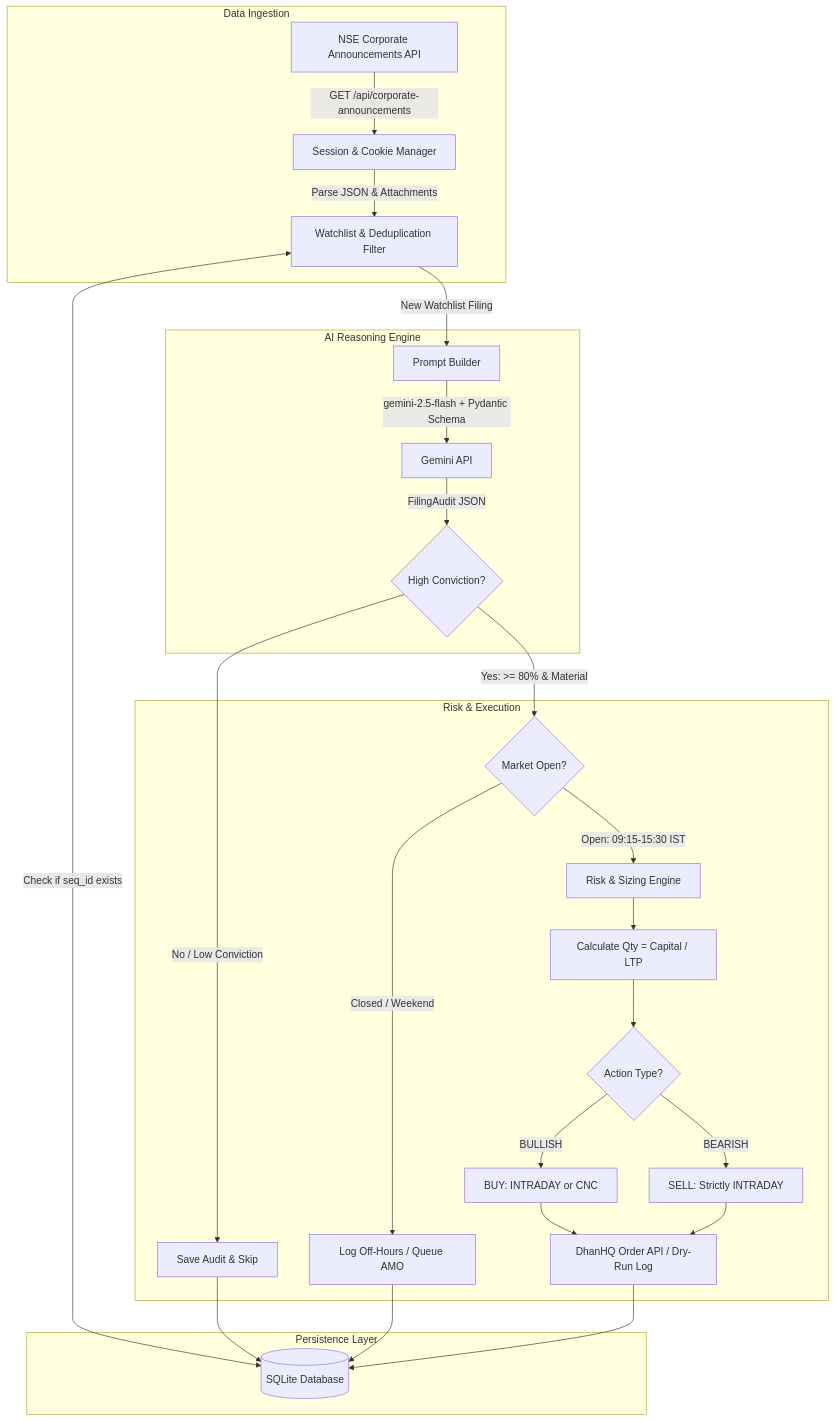
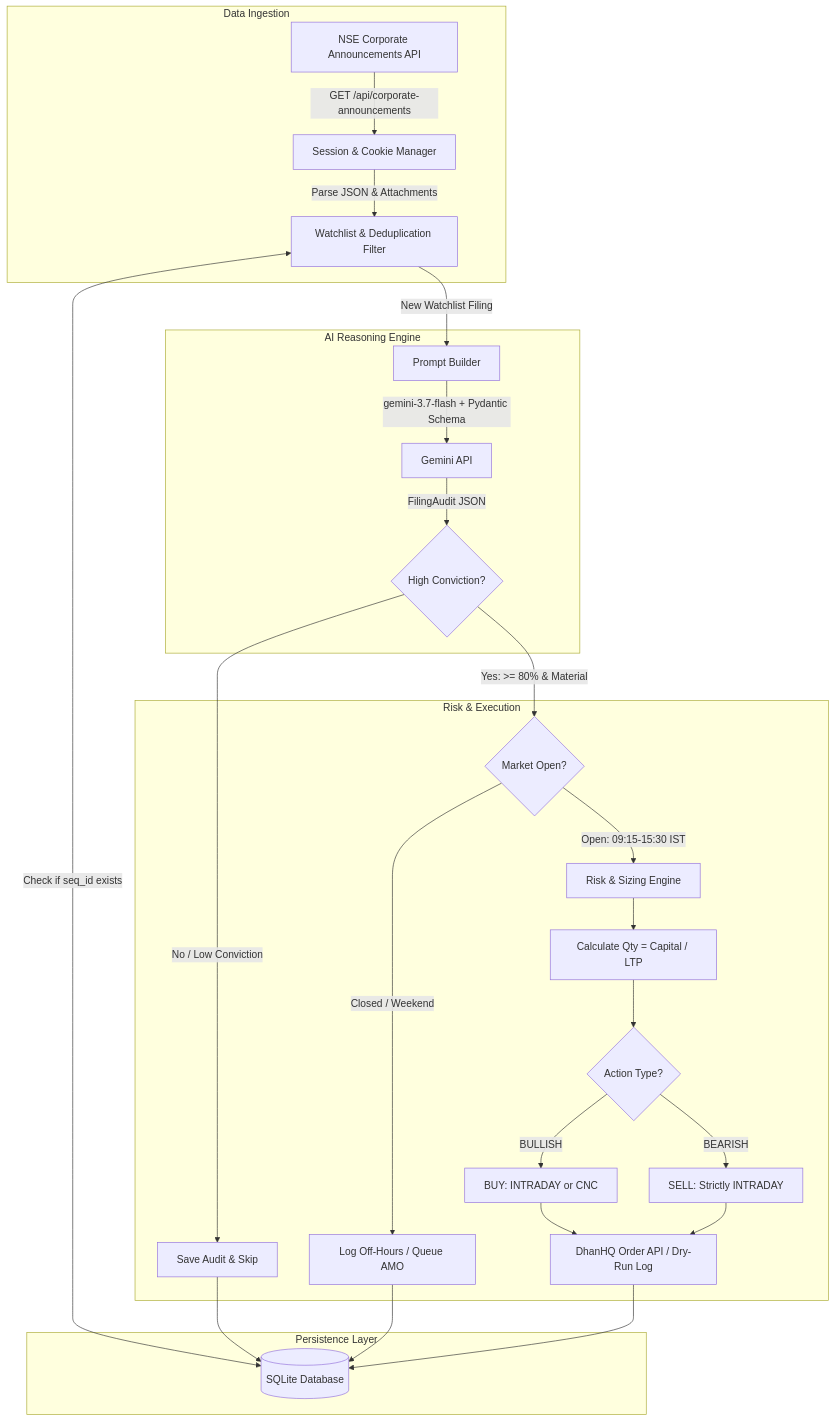
One commit to amitaucs/strategy_dhan_nse_news changed the first of 2 diagrams in implementationPlan.md. Above: the diagram before and after it, drawn with Mermaid. The commit also changed other lines of this file and 4 other files, not shown here.

Commit message:
updated for gemini api call

````diff
--- a/implementationPlan.md
+++ b/implementationPlan.md
@@ -9,36 +9,36 @@
 ```mermaid
 flowchart TD
     subgraph Data Ingestion
         NSE[NSE Corporate Announcements API] -->|GET /api/corporate-announcements| Session[Session & Cookie Manager]
         Session -->|Parse JSON & Attachments| Filter[Watchlist & Deduplication Filter]
     end
 
     subgraph Persistence Layer
         Filter <-->|Check if seq_id exists| DB[(SQLite Database)]
     end
 
     subgraph AI Reasoning Engine
         Filter -->|New Watchlist Filing| GeminiPrompt[Prompt Builder]
-        GeminiPrompt -->|gemini-2.5-flash + Pydantic Schema| Gemini[Gemini API]
+        GeminiPrompt -->|gemini-3.7-flash + Pydantic Schema| Gemini[Gemini API]
         Gemini -->|FilingAudit JSON| DecisionGate{High Conviction?}
     end
 
     subgraph Risk & Execution
         DecisionGate -->|No / Low Conviction| LogSkip[Save Audit & Skip]
         DecisionGate -->|Yes: >= 80% & Material| MarketGate{Market Open?}
         
         MarketGate -->|Closed / Weekend| QueueAMO[Log Off-Hours / Queue AMO]
         MarketGate -->|Open: 09:15-15:30 IST| RiskEngine[Risk & Sizing Engine]
         
         RiskEngine --> Sizing[Calculate Qty = Capital / LTP]
         Sizing --> ProdCheck{Action Type?}
         ProdCheck -->|BULLISH| BuyOrder[BUY: INTRADAY or CNC]
         ProdCheck -->|BEARISH| ShortOrder[SELL: Strictly INTRADAY]
         
         BuyOrder --> DhanAPI[DhanHQ Order API / Dry-Run Log]
         ShortOrder --> DhanAPI
         DhanAPI --> DB
         LogSkip --> DB
         QueueAMO --> DB
     end
 ```
````
